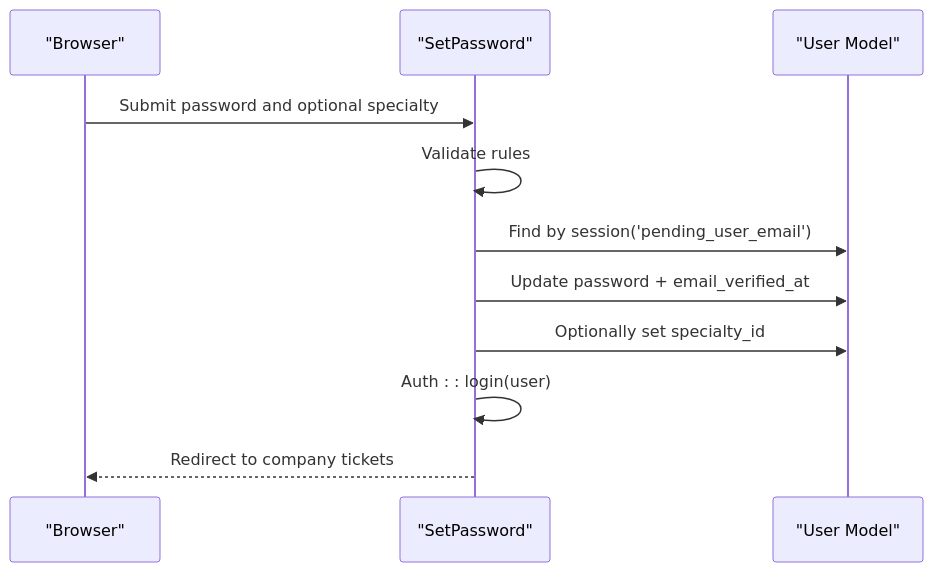
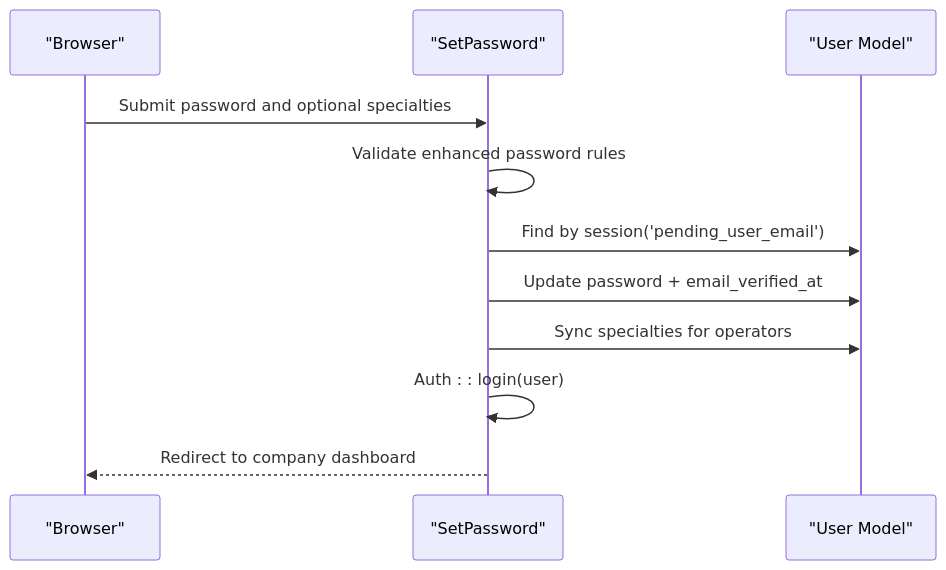
One commit to younesgamer68/helpdesk-system changed the eighth of 11 diagrams in .qoder/repowiki/en/content/Authentication & Authorization/Authentication & Authorization.md. Above: the diagram before and after it, drawn with Mermaid. The commit also changed other lines of this file and 12 other files, not shown here.

````diff
--- a/.qoder/repowiki/en/content/Authentication & Authorization/Authentication & Authorization.md
+++ b/.qoder/repowiki/en/content/Authentication & Authorization/Authentication & Authorization.md
@@ -387,13 +443,13 @@
 ```mermaid
 sequenceDiagram
 participant Client as "Browser"
 participant SP as "SetPassword"
 participant User as "User Model"
-Client->>SP : Submit password and optional specialty
-SP->>SP : Validate rules
+Client->>SP : Submit password and optional specialties
+SP->>SP : Validate enhanced password rules
 SP->>User : Find by session('pending_user_email')
 SP->>User : Update password + email_verified_at
-SP->>User : Optionally set specialty_id
+SP->>User : Sync specialties for operators
 SP->>SP : Auth : : login(user)
-SP-->>Client : Redirect to company tickets
+SP-->>Client : Redirect to company dashboard
 ```
````
